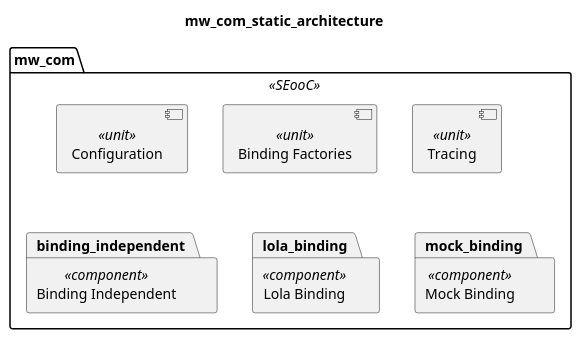
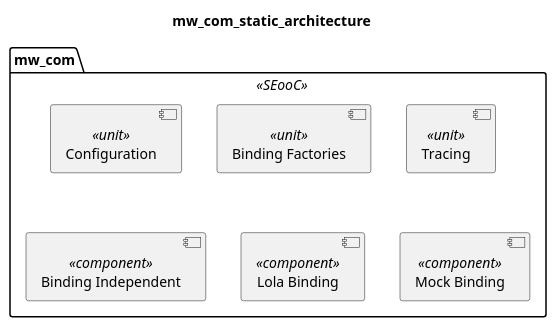
One commit to eclipse-score/communication changed the diagram in score/mw/com/dependability/architectural_design/static_design/overall.puml. Above: the diagram before and after it, drawn with PlantUML. The commit also changed 3 other files, not shown here.

First line of the commit message:
safety_sentinel: Use component instead of package keyword

```diff
--- a/score/mw/com/dependability/architectural_design/static_design/overall.puml
+++ b/score/mw/com/dependability/architectural_design/static_design/overall.puml
@@ -13,14 +13,14 @@
 @startuml safety_sentinel_mwcom_design
 title "mw_com_static_architecture"
 
 package "mw_com" as mw_com <<SEooC>>  {
   component "Configuration" as mw_com_configuration <<unit>> 
   component "Binding Factories" as mw_com_binding_factories <<unit>>
   component "Tracing" as mw_com_tracing <<unit>> 
 
-  package "Binding Independent" as binding_independent <<component>>
-  package "Lola Binding" as lola_binding <<component>>
-  package "Mock Binding" as mock_binding <<component>>
+  component "Binding Independent" as binding_independent <<component>>
+  component "Lola Binding" as lola_binding <<component>>
+  component "Mock Binding" as mock_binding <<component>>
 }
 
 @enduml
```
